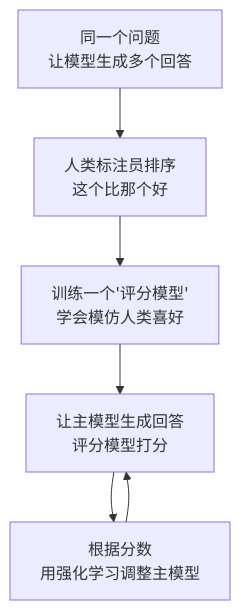
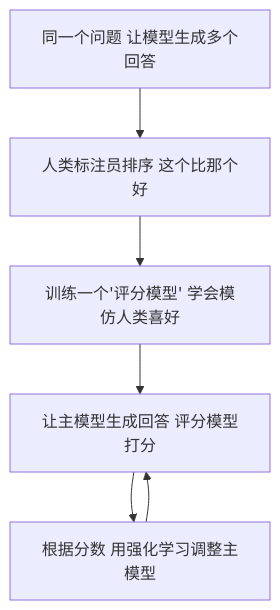
Before and after one commit to fuzhengwei/CodeGuide: diagram 22 of 32 in docs/md/ai/ai-llm.md, drawn with Mermaid. The commit also changed other lines of this file, not shown here.

````diff
--- a/docs/md/ai/ai-llm.md
+++ b/docs/md/ai/ai-llm.md
@@ -828,8 +828,8 @@
 ```mermaid
 graph TB
-    A["同一个问题<br/>让模型生成多个回答"] --> B["人类标注员排序<br/>这个比那个好"]
-    B --> C["训练一个'评分模型'<br/>学会模仿人类喜好"]
-    C --> D["让主模型生成回答<br/>评分模型打分"]
-    D --> E["根据分数<br/>用强化学习调整主模型"]
+    A["同一个问题 让模型生成多个回答"] --> B["人类标注员排序 这个比那个好"]
+    B --> C["训练一个'评分模型' 学会模仿人类喜好"]
+    C --> D["让主模型生成回答 评分模型打分"]
+    D --> E["根据分数 用强化学习调整主模型"]
     E --> D
 ```
````
